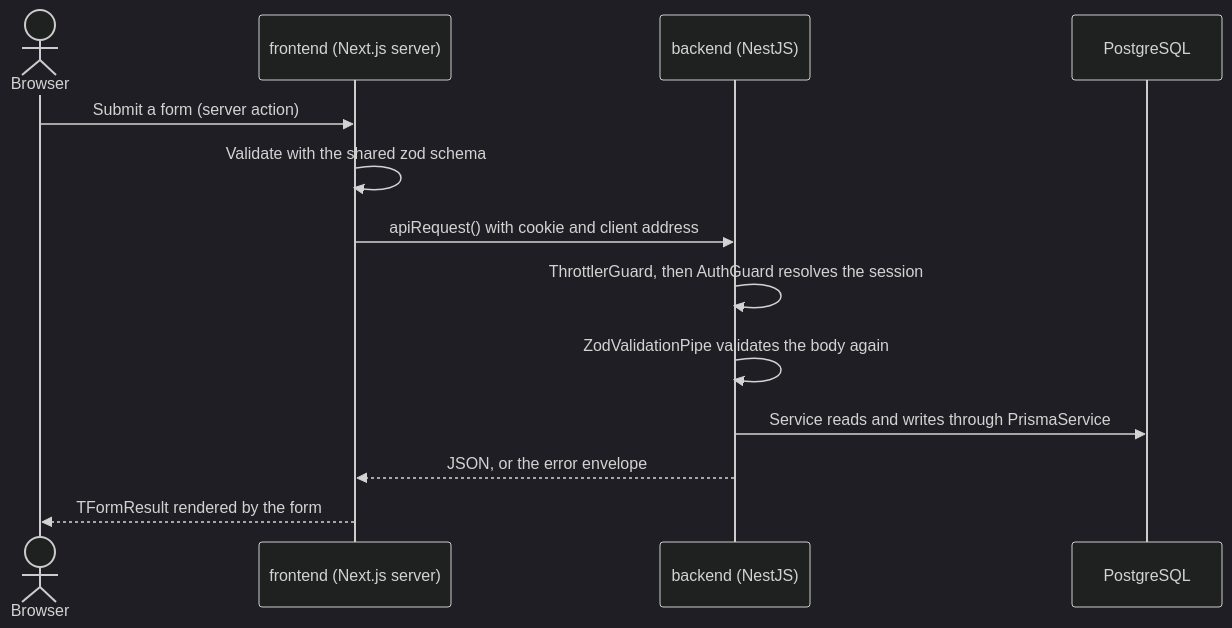
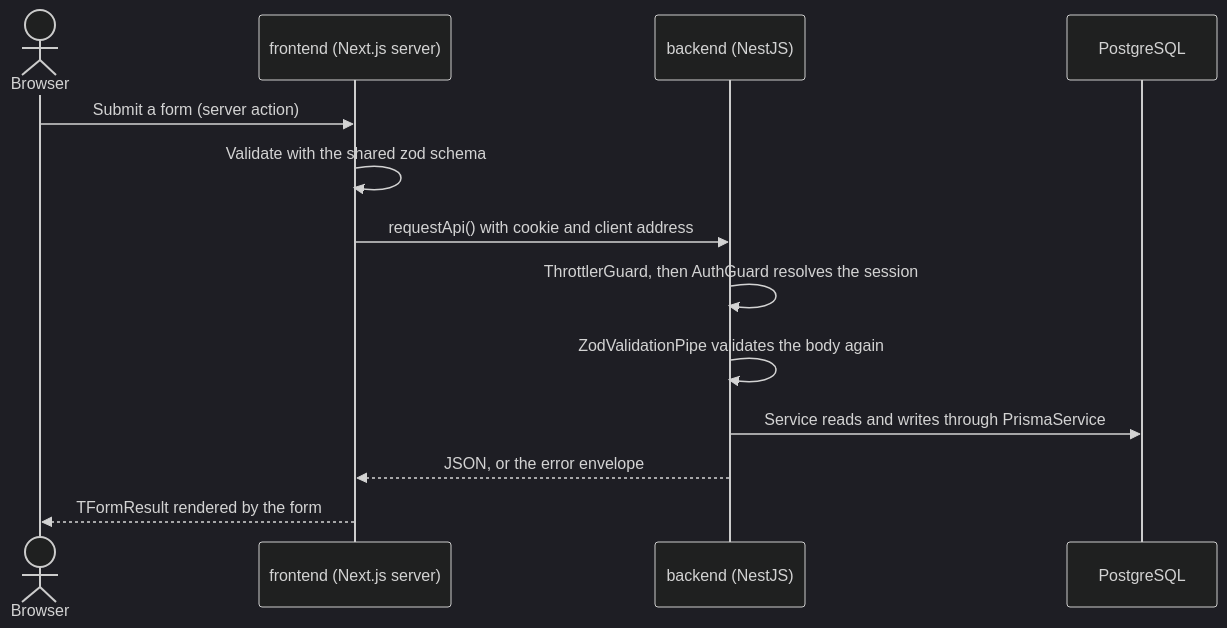
One commit to Shagon1k/PickFlick changed the second of 4 diagrams in ARCHITECTURE.md. Above: the diagram before and after it, drawn with Mermaid (dark theme). The commit also changed other lines of this file and 362 other files, not shown here.

````diff
--- a/ARCHITECTURE.md
+++ b/ARCHITECTURE.md
@@ -98,16 +98,16 @@
 ```mermaid
 sequenceDiagram
   actor Browser
   participant N as frontend (Next.js server)
   participant A as backend (NestJS)
   participant DB as PostgreSQL
 
   Browser->>N: Submit a form (server action)
   N->>N: Validate with the shared zod schema
-  N->>A: apiRequest() with cookie and client address
+  N->>A: requestApi() with cookie and client address
   A->>A: ThrottlerGuard, then AuthGuard resolves the session
   A->>A: ZodValidationPipe validates the body again
   A->>DB: Service reads and writes through PrismaService
   A-->>N: JSON, or the error envelope
   N-->>Browser: TFormResult rendered by the form
 ```
````
